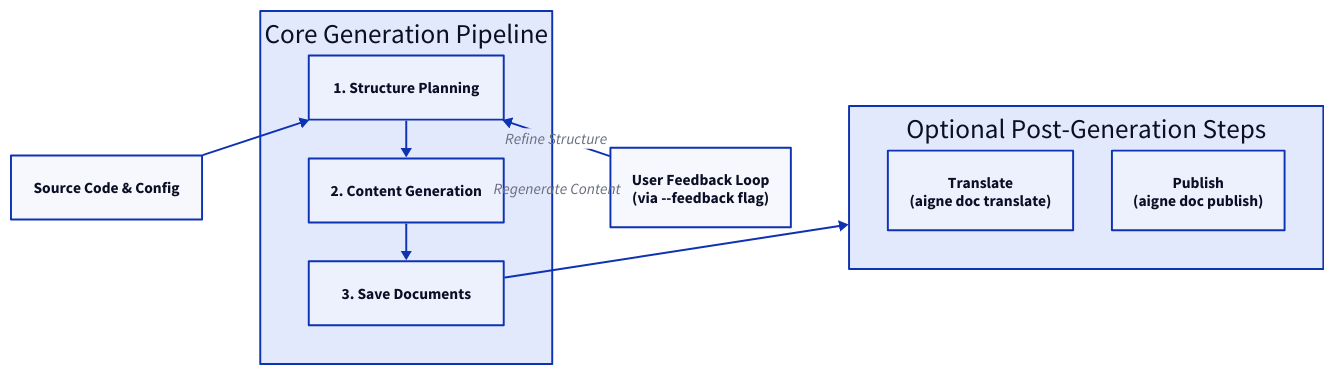
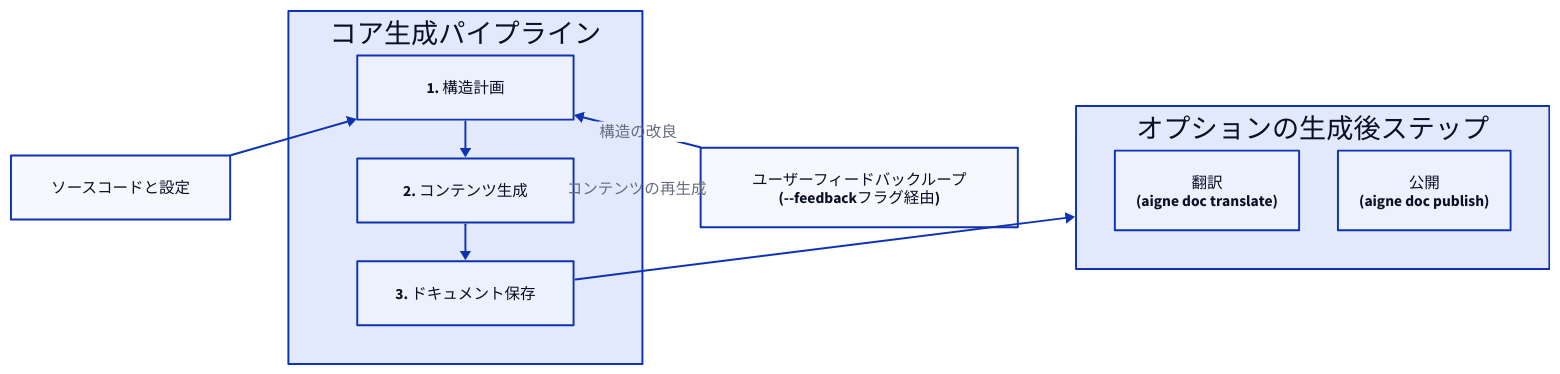
The diagram in docs/advanced-how-it-works.ja.md (AIGNE-io/aigne-doc-smith), drawn with D2 before and after one commit. The commit also changed other lines of this file and 69 other files, not shown here.

````diff
--- a/docs/advanced-how-it-works.ja.md
+++ b/docs/advanced-how-it-works.ja.md
@@ -13,60 +13,60 @@
 ```d2
 direction: down
 
 Input: {
-  label: "Source Code & Config"
+  label: "ソースコードと設定"
   shape: rectangle
 }
 
 Pipeline: {
-  label: "Core Generation Pipeline"
+  label: "コア生成パイプライン"
   shape: rectangle
   grid-columns: 1
   grid-gap: 40
 
   Structure-Planning: {
-    label: "1. Structure Planning"
+    label: "1. 構造計画"
     shape: rectangle
   }
 
   Content-Generation: {
-    label: "2. Content Generation"
+    label: "2. コンテンツ生成"
     shape: rectangle
   }
 
   Saving: {
-    label: "3. Save Documents"
+    label: "3. ドキュメント保存"
     shape: rectangle
   }
 }
 
 User-Feedback: {
-  label: "User Feedback Loop\n(via --feedback flag)"
+  label: "ユーザーフィードバックループ\n(--feedbackフラグ経由)"
   shape: rectangle
 }
 
 Optional-Steps: {
-  label: "Optional Post-Generation Steps"
+  label: "オプションの生成後ステップ"
   shape: rectangle
   grid-columns: 2
   grid-gap: 40
   
   Translation: {
-    label: "Translate\n(aigne doc translate)"
+    label: "翻訳\n(aigne doc translate)"
     shape: rectangle
   }
 
   Publishing: {
-    label: "Publish\n(aigne doc publish)"
+    label: "公開\n(aigne doc publish)"
     shape: rectangle
   }
 }
 
 Input -> Pipeline.Structure-Planning
 Pipeline.Structure-Planning -> Pipeline.Content-Generation
 Pipeline.Content-Generation -> Pipeline.Saving
 Pipeline.Saving -> Optional-Steps
 
-User-Feedback -> Pipeline.Structure-Planning: "Refine Structure"
-User-Feedback -> Pipeline.Content-Generation: "Regenerate Content"
+User-Feedback -> Pipeline.Structure-Planning: "構造の改良"
+User-Feedback -> Pipeline.Content-Generation: "コンテンツの再生成"
 ```
````
